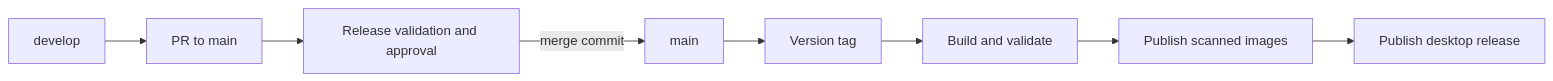
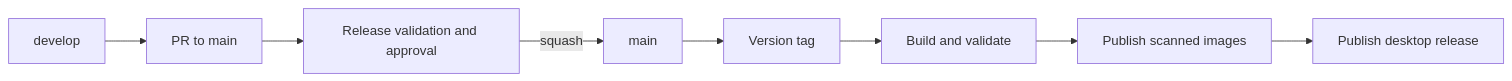
Before and after one commit to GabrielAlmd/maker-track-studio: the second of 2 diagrams in docs/development/branching-and-releases.md, drawn with Mermaid. The commit also changed other lines of this file and 2 other files, not shown here.

First line of the commit message:
docs(workflow): clarify commit and pull request conventions

````diff
--- a/docs/development/branching-and-releases.md
+++ b/docs/development/branching-and-releases.md
@@ -36,10 +38,10 @@
 ```mermaid
 flowchart LR
   D[develop] --> P[PR to main]
   P --> V[Release validation and approval]
-  V -->|merge commit| M[main]
+  V -->|squash| M[main]
   M --> T[Version tag]
   T --> B[Build and validate]
   B --> I[Publish scanned images]
   I --> R[Publish desktop release]
 ```
````
